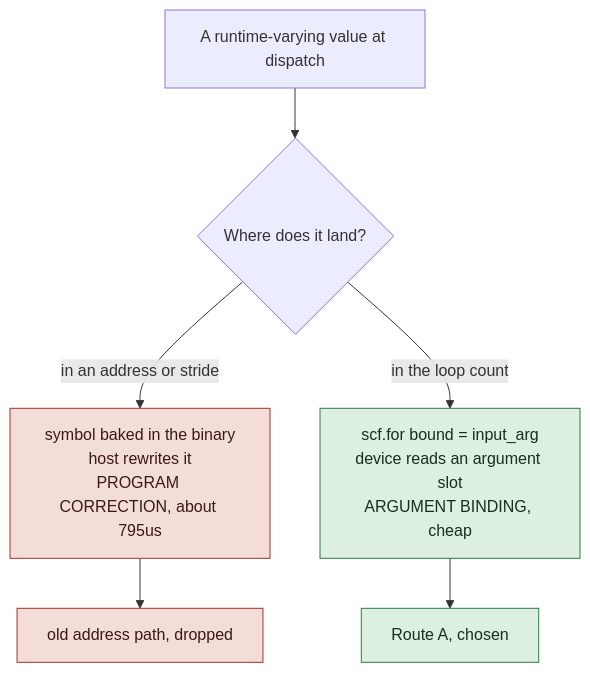
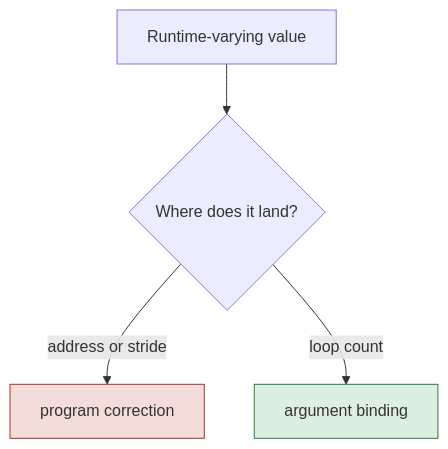
One commit to Vivek1258/torch-spyre changed the sixth of 8 diagrams in docs/source/architecture/Symbolic_Shapes_HLD.md. Above: the diagram before and after it, drawn with Mermaid. The commit also changed other lines of this file, not shown here.

````diff
--- a/docs/source/architecture/Symbolic_Shapes_HLD.md
+++ b/docs/source/architecture/Symbolic_Shapes_HLD.md
@@ -200,14 +339,10 @@
 ```mermaid
 flowchart TB
-  v["A runtime-varying value at dispatch"] --> q{"Where does it land?"}
-  q -->|"in an address or stride"| corr["symbol baked in the binary<br/>host rewrites it<br/>PROGRAM CORRECTION, about 795us"]
-  q -->|"in the loop count"| bind["scf.for bound = input_arg<br/>device reads an argument slot<br/>ARGUMENT BINDING, cheap"]
-  corr --> old["old address path, dropped"]
-  bind --> route["Route A, chosen"]
-  classDef bad fill:#f3ddd9,stroke:#a5342b,color:#3a1a16;
-  classDef good fill:#dcefe0,stroke:#2f7a44,color:#153021;
+  v["Runtime-varying value"] --> q{"Where does it land?"}
+  q -->|"address or stride"| corr["program correction"]
+  q -->|"loop count"| bind["argument binding"]
+  classDef bad fill:#f3ddd9,stroke:#a5342b;
+  classDef good fill:#dcefe0,stroke:#2f7a44;
   class corr bad
-  class old bad
   class bind good
-  class route good
 ```
````
